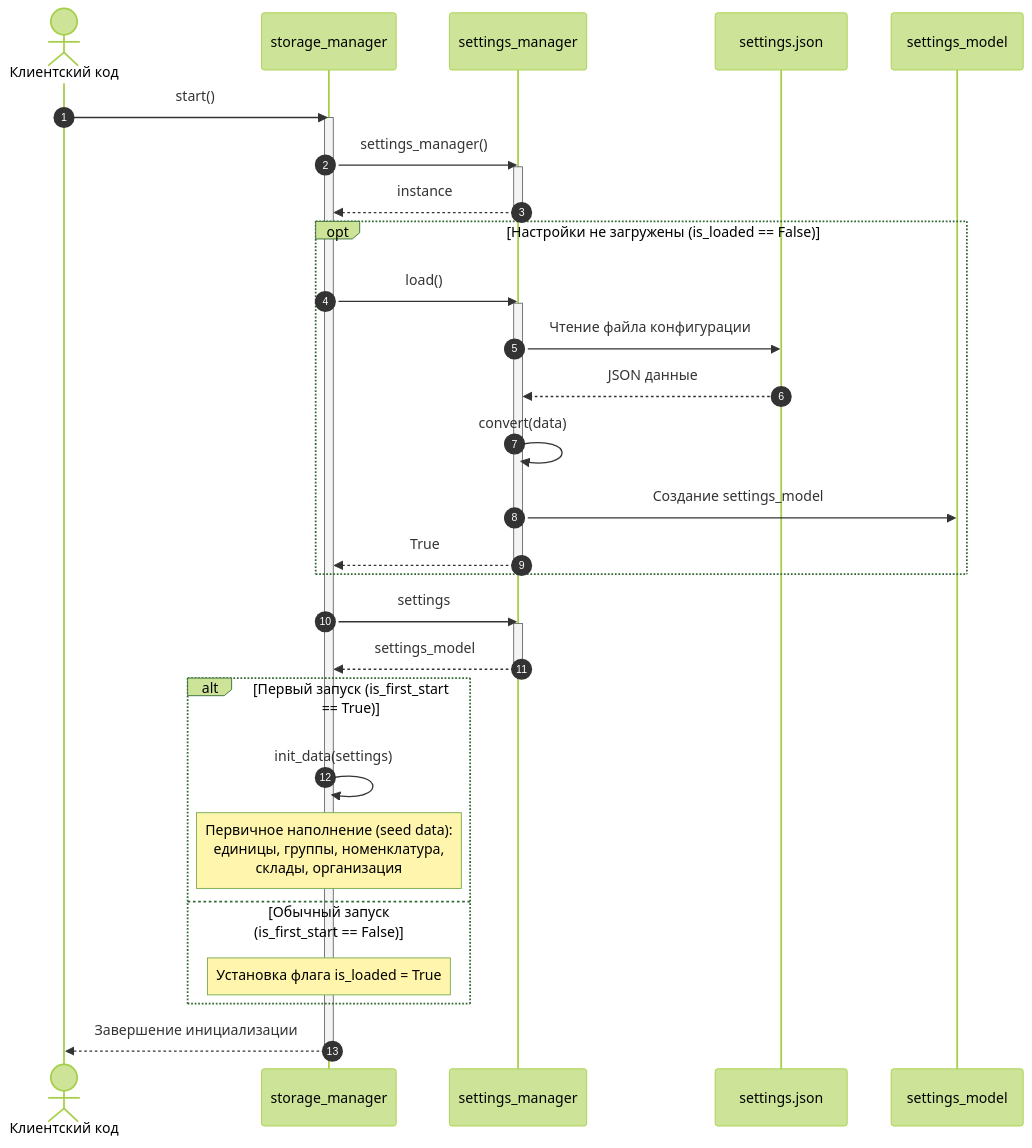
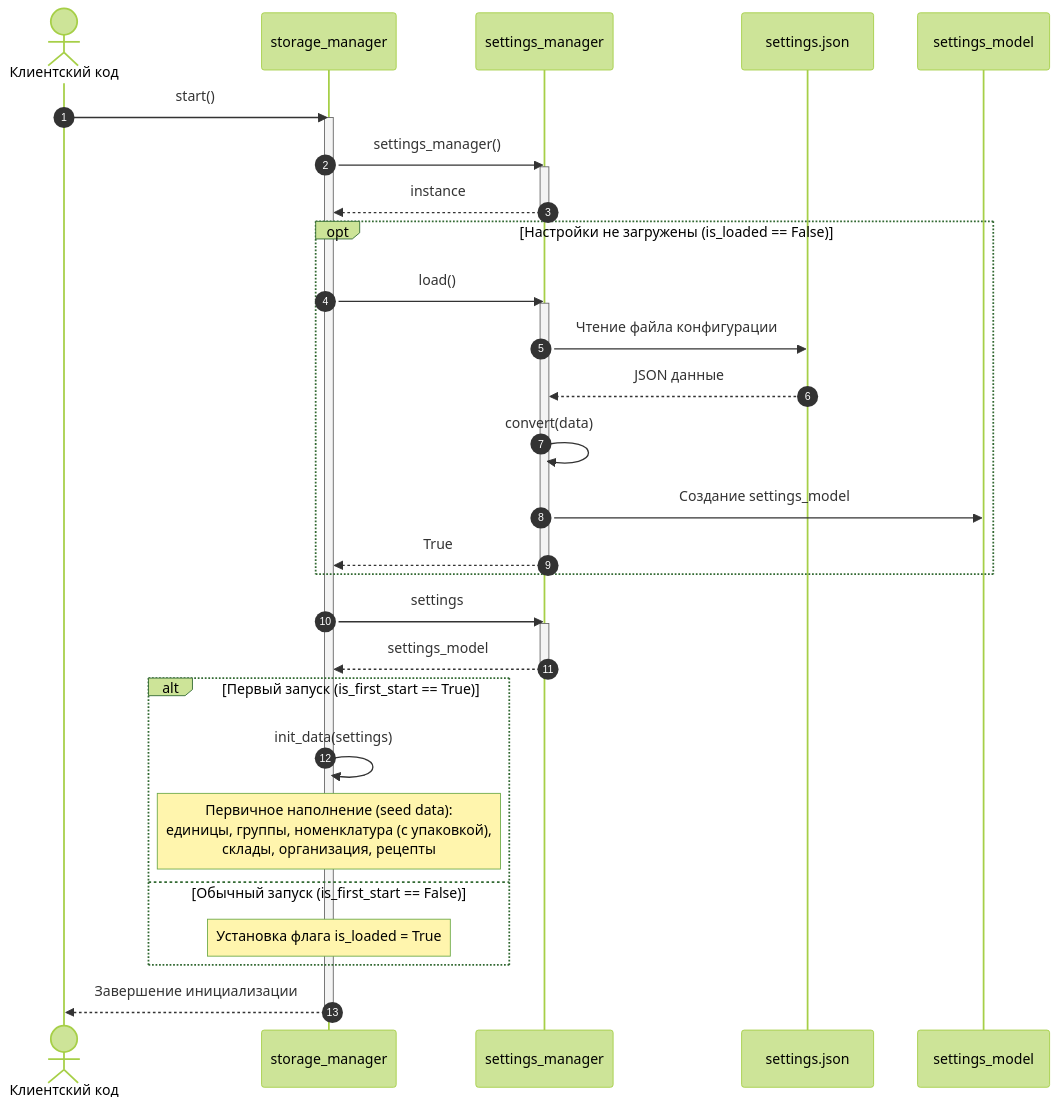
The fourth of 4 diagrams in Docs/Diagrams.md (waqque/daisy), drawn with Mermaid (forest theme) before and after one commit. The commit also changed other lines of this file and 14 other files, not shown here.

Commit message:
feat(recipe): implement recipe domain models, factory methods, packaging seed and UML diagrams

````diff
--- a/Docs/Diagrams.md
+++ b/Docs/Diagrams.md
@@ -176,43 +222,43 @@
 ```mermaid
 sequenceDiagram
     autonumber
     actor Client as Клиентский код
     participant SM as storage_manager
     participant SetM as settings_manager
     participant File as settings.json
     participant Model as settings_model
 
     Client->>SM: start()
     activate SM
 
     SM->>SetM: settings_manager()
     activate SetM
     SetM-->>SM: instance
     deactivate SetM
 
     opt Настройки не загружены (is_loaded == False)
         SM->>SetM: load()
         activate SetM
         SetM->>File: Чтение файла конфигурации
         File-->>SetM: JSON данные
         SetM->>SetM: convert(data)
         SetM->>Model: Создание settings_model
         SetM-->>SM: True
         deactivate SetM
     end
 
     SM->>SetM: settings
     activate SetM
     SetM-->>SM: settings_model
     deactivate SetM
 
     alt Первый запуск (is_first_start == True)
         SM->>SM: init_data(settings)
-        Note over SM: Первичное наполнение (seed data):<br/>единицы, группы, номенклатура,<br/>склады, организация
+        Note over SM: Первичное наполнение (seed data):<br/>единицы, группы, номенклатура (с упаковкой),<br/>склады, организация, рецепты
     else Обычный запуск (is_first_start == False)
         Note over SM: Установка флага is_loaded = True
     end
 
     SM-->>Client: Завершение инициализации
     deactivate SM
 ```
````
